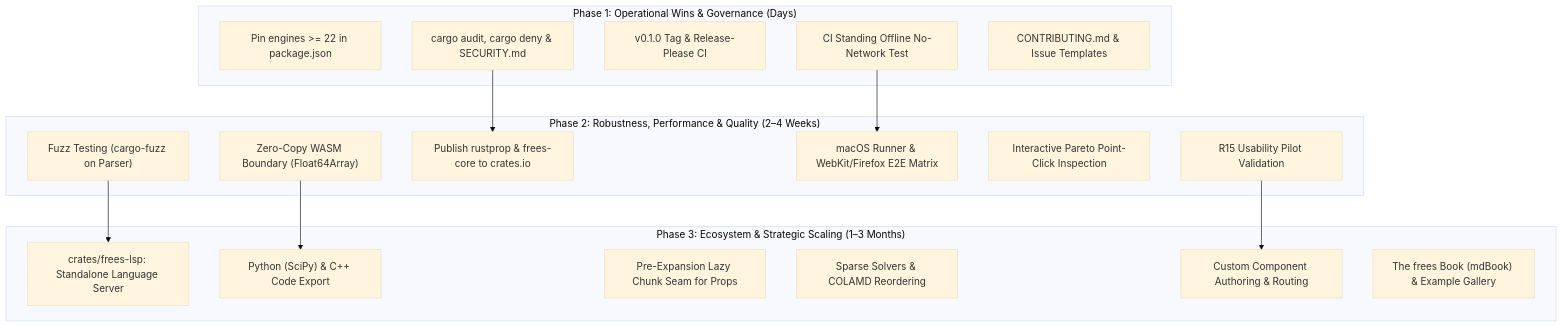
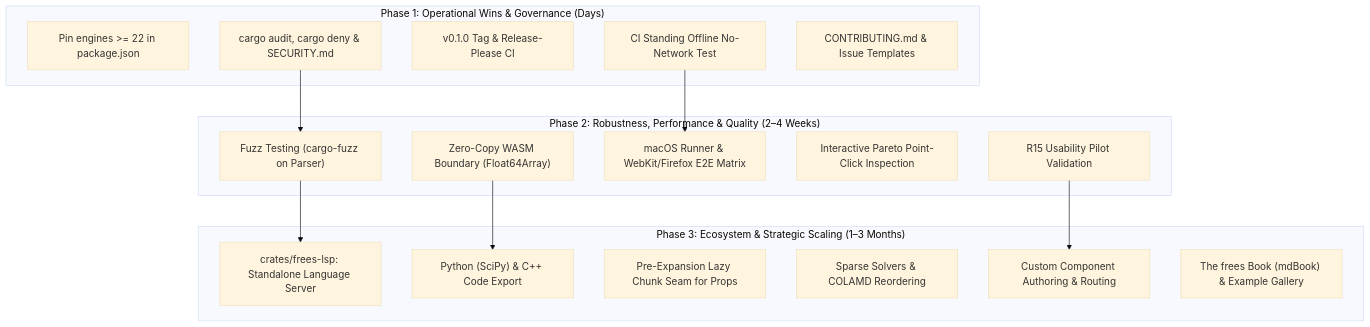
Before and after one commit to ernsoylu/frEES: the diagram in NEXT_STEPS.md, drawn with Mermaid (base theme). The commit also changed other lines of this file, not shown here.

Commit message:
docs(roadmap): defer crates.io publishing to optional long-term candidates

````diff
--- a/NEXT_STEPS.md
+++ b/NEXT_STEPS.md
@@ -21,34 +21,33 @@
 ```mermaid
 graph TD
     subgraph "Phase 1: Operational Wins & Governance (Days)"
         P1_Eng["Pin engines >= 22 in package.json"]
         P1_Sec["cargo audit, cargo deny & SECURITY.md"]
         P1_Rel["v0.1.0 Tag & Release-Please CI"]
         P1_Off["CI Standing Offline No-Network Test"]
         P1_Gov["CONTRIBUTING.md & Issue Templates"]
     end
 
     subgraph "Phase 2: Robustness, Performance & Quality (2–4 Weeks)"
         P2_ZC["Zero-Copy WASM Boundary (Float64Array)"]
         P2_Fuzz["Fuzz Testing (cargo-fuzz on Parser)"]
-        P2_Crates["Publish rustprop & frees-core to crates.io"]
         P2_Cross["macOS Runner & WebKit/Firefox E2E Matrix"]
         P2_Pareto["Interactive Pareto Point-Click Inspection"]
         P2_Pilot["R15 Usability Pilot Validation"]
     end
 
     subgraph "Phase 3: Ecosystem & Strategic Scaling (1–3 Months)"
         P3_LSP["crates/frees-lsp: Standalone Language Server"]
         P3_Codegen["Python (SciPy) & C++ Code Export"]
         P3_Lazy["Pre-Expansion Lazy Chunk Seam for Props"]
         P3_Sparse["Sparse Solvers & COLAMD Reordering"]
         P3_Custom["Custom Component Authoring & Routing"]
         P3_Book["The frees Book (mdBook) & Example Gallery"]
     end
 
-    P1_Sec --> P2_Crates
+    P1_Sec --> P2_Fuzz
     P1_Off --> P2_Cross
     P2_ZC --> P3_Codegen
     P2_Fuzz --> P3_LSP
     P2_Pilot --> P3_Custom
 ```
````
